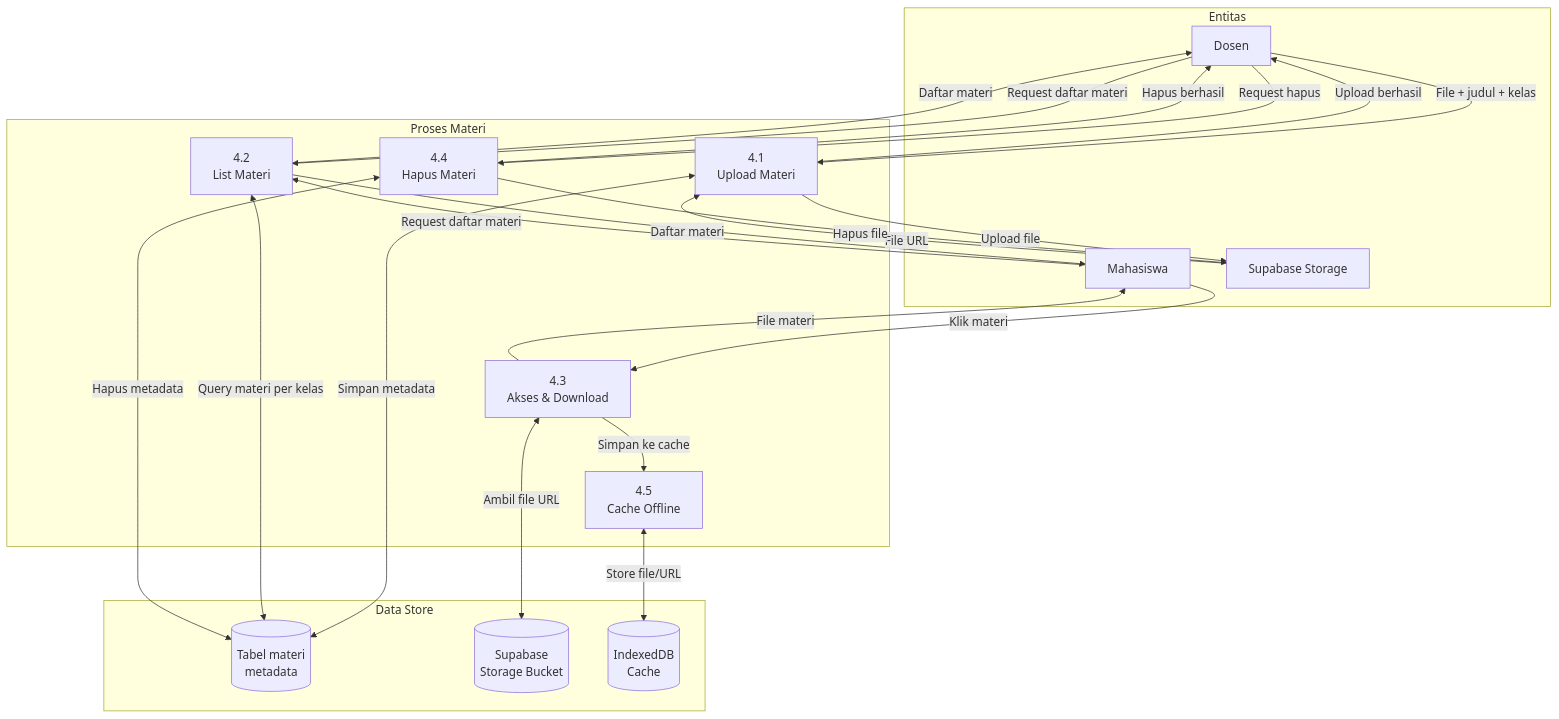
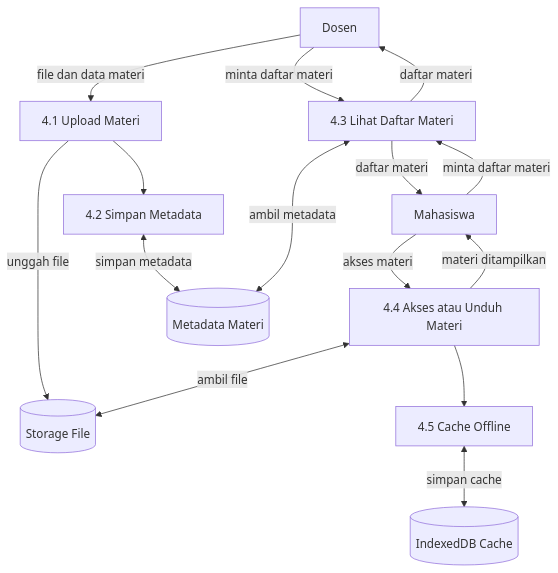
One commit to taufiq1285/sistem-pwa changed the fifth of 7 diagrams in docs/DFD.md. Above: the diagram before and after it, drawn with Mermaid. The commit also changed other lines of this file and 76 other files, not shown here.

````diff
--- a/docs/DFD.md
+++ b/docs/DFD.md
@@ -398,46 +330,29 @@
 ```mermaid
 graph TB
-    subgraph "Entitas"
-        Dosen
-        Mahasiswa
-        Storage[Supabase Storage]
-    end
+    Dosen[Dosen]
+    Mahasiswa[Mahasiswa]
+    D1[(Metadata Materi)]
+    D2[(IndexedDB Cache)]
+    D4[(Storage File)]
 
-    subgraph "Proses Materi"
-        P4_1[4.1\nUpload Materi]
-        P4_2[4.2\nList Materi]
-        P4_3[4.3\nAkses & Download]
-        P4_4[4.4\nHapus Materi]
-        P4_5[4.5\nCache Offline]
-    end
+    P4_1[4.1 Upload Materi]
+    P4_2[4.2 Simpan Metadata]
+    P4_3[4.3 Lihat Daftar Materi]
+    P4_4[4.4 Akses atau Unduh Materi]
+    P4_5[4.5 Cache Offline]
 
-    subgraph "Data Store"
-        D4_1[(Tabel materi\nmetadata)]
-        D4_2[(Supabase\nStorage Bucket)]
-        D4_3[(IndexedDB\nCache)]
-    end
-
-    Dosen -->|File + judul + kelas| P4_1
-    P4_1 -->|Upload file| Storage
-    Storage -->|File URL| P4_1
-    P4_1 <-->|Simpan metadata| D4_1
-    P4_1 -->|Upload berhasil| Dosen
-
-    Mahasiswa -->|Request daftar materi| P4_2
-    Dosen -->|Request daftar materi| P4_2
-    P4_2 <-->|Query materi per kelas| D4_1
-    P4_2 -->|Daftar materi| Mahasiswa
-    P4_2 -->|Daftar materi| Dosen
-
-    Mahasiswa -->|Klik materi| P4_3
-    P4_3 <-->|Ambil file URL| D4_2
-    P4_3 -->|Simpan ke cache| P4_5
-    P4_3 -->|File materi| Mahasiswa
-
-    Dosen -->|Request hapus| P4_4
-    P4_4 -->|Hapus file| Storage
-    P4_4 <-->|Hapus metadata| D4_1
-    P4_4 -->|Hapus berhasil| Dosen
-
-    P4_5 <-->|Store file/URL| D4_3
+    Dosen -->|file dan data materi| P4_1
+    P4_1 -->|unggah file| D4
+    P4_1 --> P4_2
+    P4_2 <-->|simpan metadata| D1
+    Mahasiswa -->|minta daftar materi| P4_3
+    Dosen -->|minta daftar materi| P4_3
+    P4_3 <-->|ambil metadata| D1
+    P4_3 -->|daftar materi| Mahasiswa
+    P4_3 -->|daftar materi| Dosen
+    Mahasiswa -->|akses materi| P4_4
+    P4_4 <-->|ambil file| D4
+    P4_4 --> P4_5
+    P4_5 <-->|simpan cache| D2
+    P4_4 -->|materi ditampilkan| Mahasiswa
 ```
````
